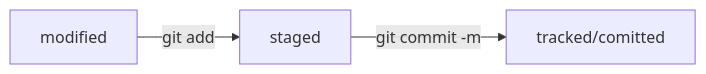
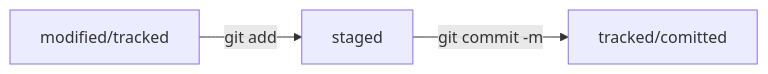
Before and after one commit to gemetalreg/yandex-git: the second of 2 diagrams in README.md, drawn with Mermaid. The commit also changed other lines of this file, not shown here.

````diff
--- a/README.md
+++ b/README.md
@@ -18,5 +18,5 @@
    ```mermaid
    graph LR;
-   modified -- "git add <file>" --> staged;
+   modified/tracked -- "git add <file>" --> staged;
    staged    -- "git commit -m <message>" --> tracked/comitted;
    ```
````
